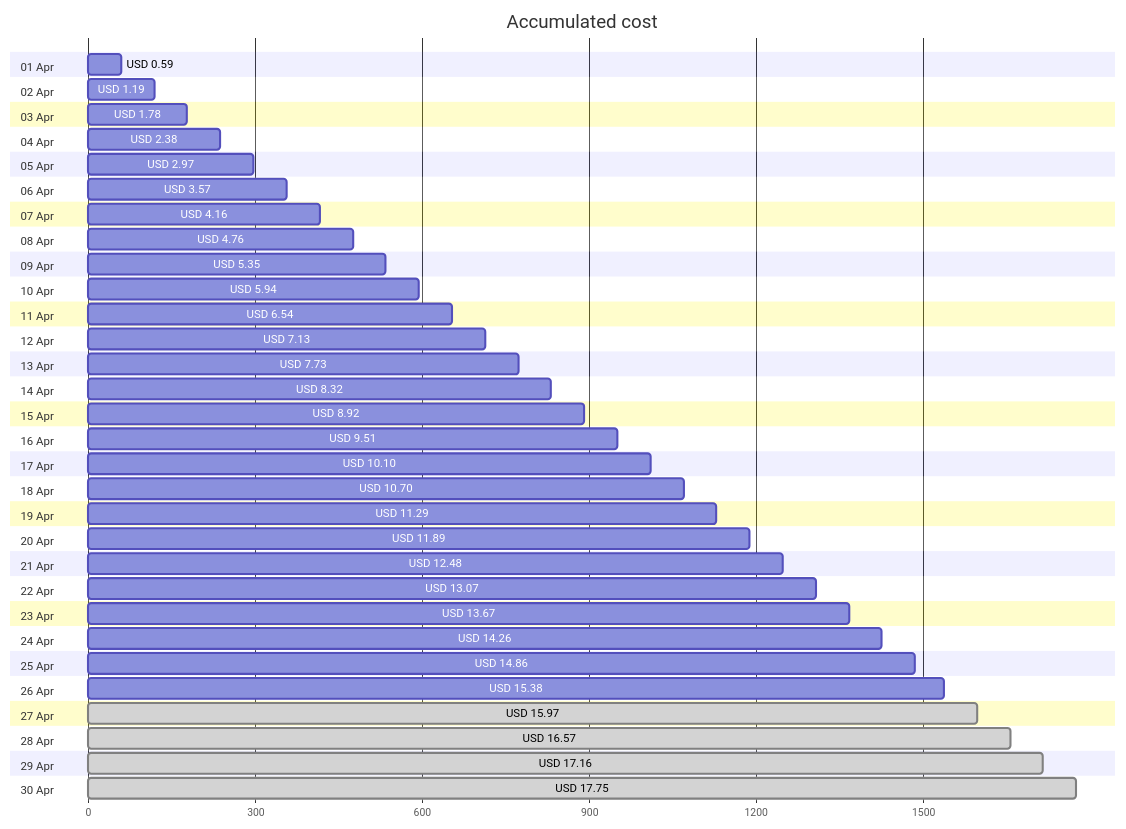
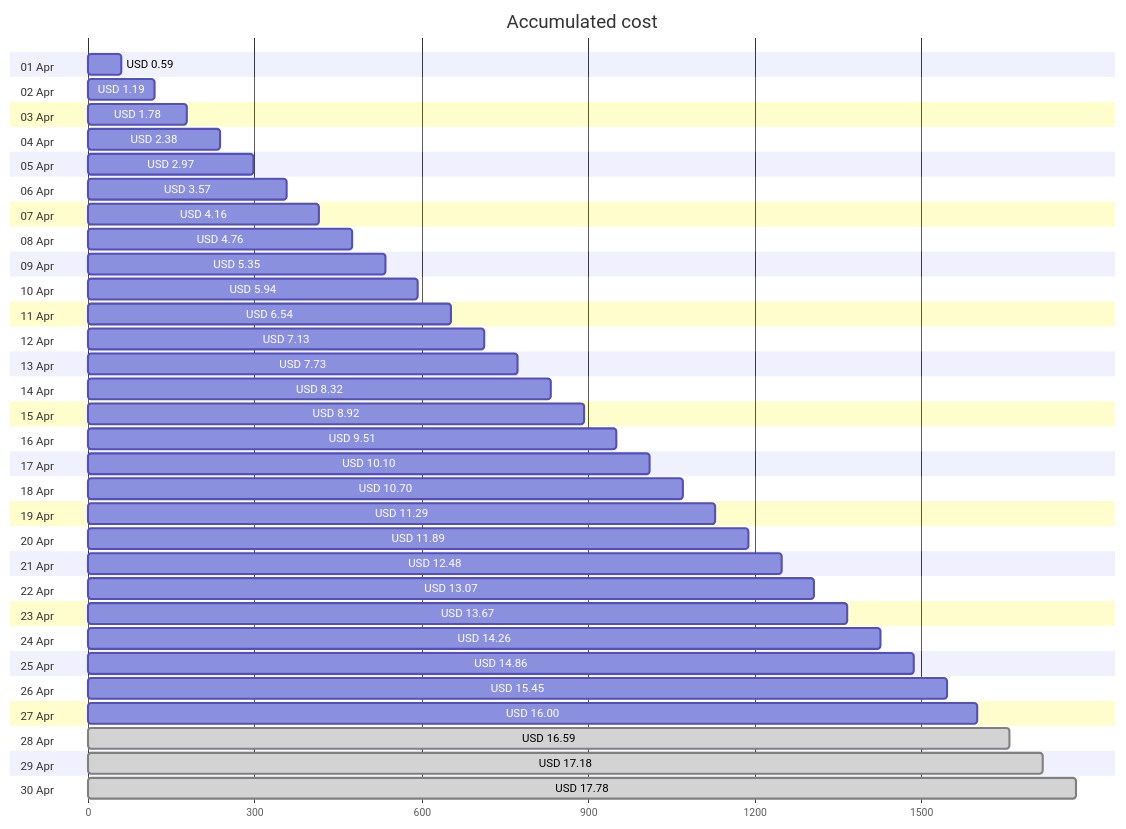
The first of 4 diagrams in cost-reports/personal-site/README.md (jpfulton/azure-personal-reports), drawn with Mermaid before and after one commit. The commit also changed other lines of this file and 6 other files, not shown here.

````diff
--- a/cost-reports/personal-site/README.md
+++ b/cost-reports/personal-site/README.md
@@ -20,66 +20,66 @@
 ```mermaid
 gantt
    title Accumulated cost
    dateFormat  X
    axisFormat %s
    section 01 Apr
    USD 0.59 :0, 59
    section 02 Apr
    USD 1.19 :0, 119
    section 03 Apr
    USD 1.78 :0, 178
    section 04 Apr
    USD 2.38 :0, 238
    section 05 Apr
    USD 2.97 :0, 297
    section 06 Apr
    USD 3.57 :0, 357
    section 07 Apr
    USD 4.16 :0, 416
    section 08 Apr
    USD 4.76 :0, 476
    section 09 Apr
    USD 5.35 :0, 535
    section 10 Apr
    USD 5.94 :0, 594
    section 11 Apr
    USD 6.54 :0, 654
    section 12 Apr
    USD 7.13 :0, 713
    section 13 Apr
    USD 7.73 :0, 773
    section 14 Apr
    USD 8.32 :0, 832
    section 15 Apr
    USD 8.92 :0, 892
    section 16 Apr
    USD 9.51 :0, 951
    section 17 Apr
    USD 10.10 :0, 1010
    section 18 Apr
    USD 10.70 :0, 1070
    section 19 Apr
    USD 11.29 :0, 1129
    section 20 Apr
    USD 11.89 :0, 1189
    section 21 Apr
    USD 12.48 :0, 1248
    section 22 Apr
    USD 13.07 :0, 1307
    section 23 Apr
    USD 13.67 :0, 1367
    section 24 Apr
    USD 14.26 :0, 1426
    section 25 Apr
    USD 14.86 :0, 1486
    section 26 Apr
-   USD 15.38 :0, 1538
+   USD 15.45 :0, 1545
    section 27 Apr
-   USD 15.97 : done, 0, 1597
+   USD 16.00 :0, 1600
    section 28 Apr
-   USD 16.57 : done, 0, 1657
+   USD 16.59 : done, 0, 1659
    section 29 Apr
-   USD 17.16 : done, 0, 1716
+   USD 17.18 : done, 0, 1718
    section 30 Apr
-   USD 17.75 : done, 0, 1775
+   USD 17.78 : done, 0, 1778
 ```
````
